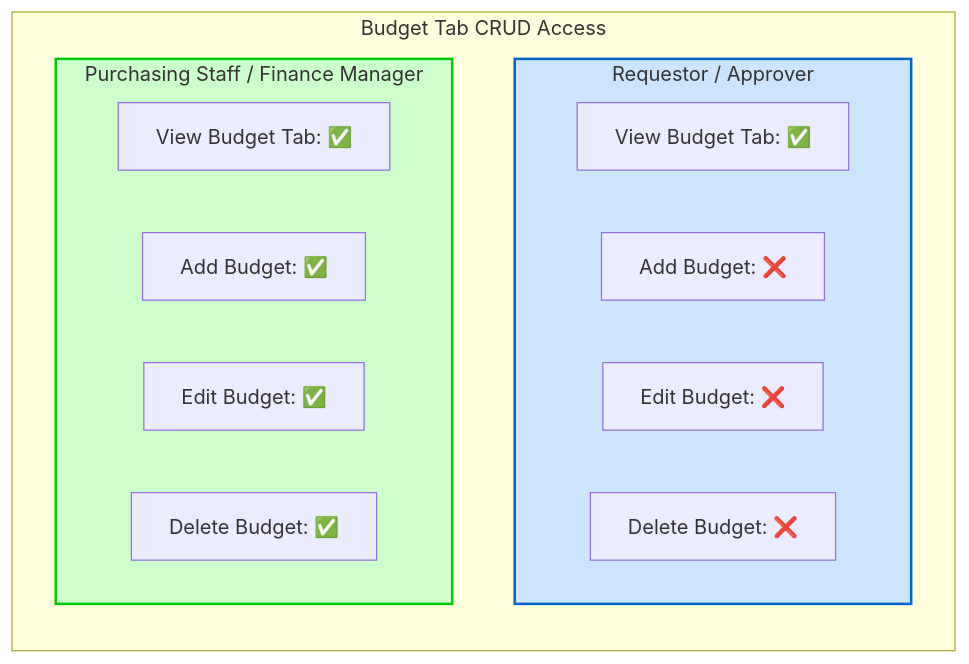
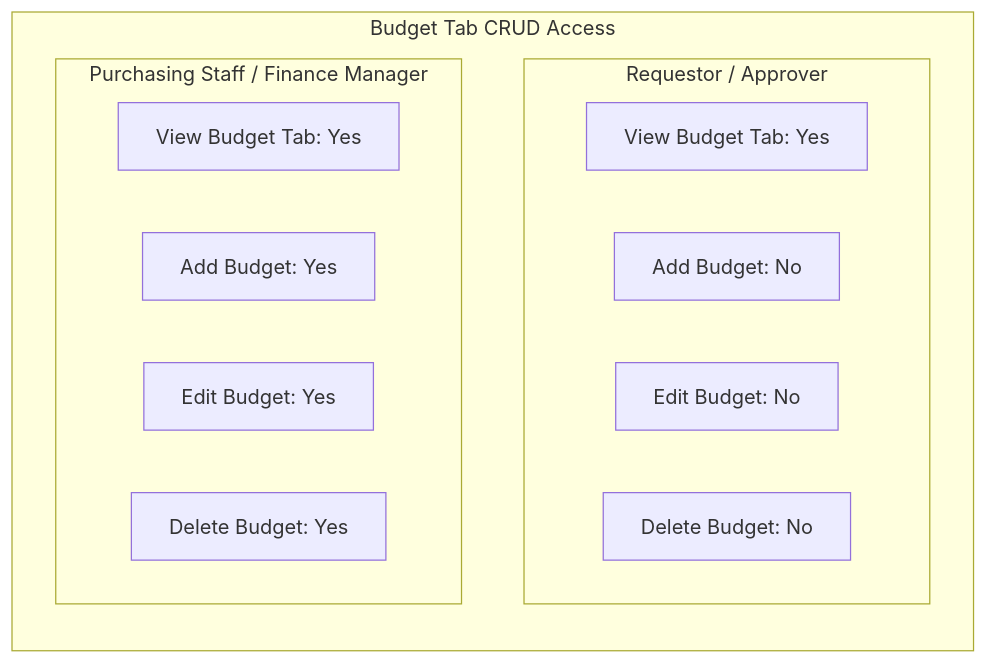
Diagram 24 of 60 in docs/app/procurement/purchase-requests/FD-purchase-requests.md (PeakMNA/carmen), drawn with Mermaid before and after one commit. The commit also changed other lines of this file and 473 other files, not shown here.

````diff
--- a/docs/app/procurement/purchase-requests/FD-purchase-requests.md
+++ b/docs/app/procurement/purchase-requests/FD-purchase-requests.md
@@ -1128,23 +1055,19 @@
 ```mermaid
-flowchart LR
+graph LR
     subgraph AccessMatrix[Budget Tab CRUD Access]
-        direction TB
-
         subgraph ReadOnly[Requestor / Approver]
-            RO_View[View Budget Tab: ✅]
-            RO_Add[Add Budget: ❌]
-            RO_Edit[Edit Budget: ❌]
-            RO_Delete[Delete Budget: ❌]
+            RO_View[View Budget Tab: Yes]
+            RO_Add[Add Budget: No]
+            RO_Edit[Edit Budget: No]
+            RO_Delete[Delete Budget: No]
         end
 
         subgraph FullAccess[Purchasing Staff / Finance Manager]
-            FA_View[View Budget Tab: ✅]
-            FA_Add[Add Budget: ✅]
-            FA_Edit[Edit Budget: ✅]
-            FA_Delete[Delete Budget: ✅]
+            FA_View[View Budget Tab: Yes]
+            FA_Add[Add Budget: Yes]
+            FA_Edit[Edit Budget: Yes]
+            FA_Delete[Delete Budget: Yes]
         end
     end
 
-    style ReadOnly fill:#cce5ff,stroke:#0066cc,stroke-width:2px
-    style FullAccess fill:#ccffcc,stroke:#00cc00,stroke-width:2px
 ```
````
